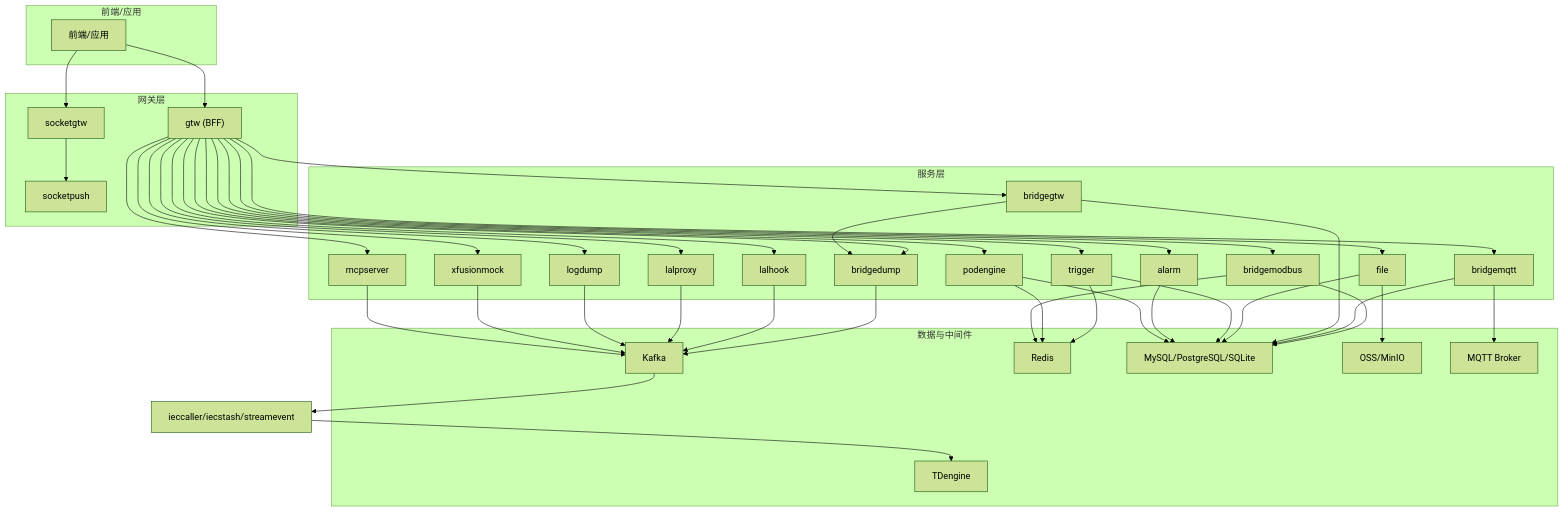
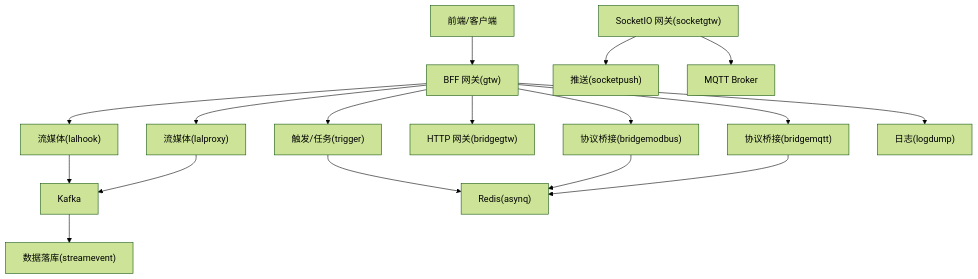
The second of 4 diagrams in .qoder/repowiki/zh/content/快速开始.md (maomao94/zero-service), drawn with Mermaid (forest theme) before and after one commit. The commit also changed other lines of this file and 362 other files, not shown here.

````diff
--- a/.qoder/repowiki/zh/content/快速开始.md
+++ b/.qoder/repowiki/zh/content/快速开始.md
@@ -73,71 +134,19 @@
 ```mermaid
 graph TB
-subgraph "前端/应用"
-FE["前端/应用"]
-end
-subgraph "网关层"
-GTW["gtw (BFF)"]
-SG["socketgtw"]
-SP["socketpush"]
-end
-subgraph "服务层"
-TR["trigger"]
-FIL["file"]
-ALM["alarm"]
-POD["podengine"]
-BRMOD["bridgemodbus"]
-BRMQ["bridgemqtt"]
-BRGTW["bridgegtw"]
-BRDUMP["bridgedump"]
-LALHOOK["lalhook"]
-LALPROXY["lalproxy"]
-LOGDUMP["logdump"]
-XFM["xfusionmock"]
-MCP["mcpserver"]
-end
-subgraph "数据与中间件"
-K["Kafka"]
-R["Redis"]
-DB["MySQL/PostgreSQL/SQLite"]
-TD["TDengine"]
-OSS["OSS/MinIO"]
-MQ["MQTT Broker"]
-end
-FE --> GTW
-FE --> SG
-SG --> SP
-GTW --> TR
-GTW --> FIL
-GTW --> ALM
-GTW --> POD
-GTW --> BRMOD
-GTW --> BRMQ
-GTW --> BRGTW
-GTW --> BRDUMP
-GTW --> LALHOOK
-GTW --> LALPROXY
-GTW --> LOGDUMP
-GTW --> XFM
-GTW --> MCP
-TR --> R
-FIL --> OSS
-POD --> R
-BRMOD --> R
-BRMQ --> MQ
-BRGTW --> BRDUMP
-BRDUMP --> K
-LALHOOK --> K
-LALPROXY --> K
-LOGDUMP --> K
-XFM --> K
-MCP --> K
-K --> IEC["ieccaller/iecstash/streamevent"]
-IEC --> TD
-BRMOD --> DB
-BRMQ --> DB
-BRGTW --> DB
-FIL --> DB
-TR --> DB
-ALM --> DB
-POD --> DB
+FE["前端/客户端"] --> GW["BFF 网关(gtw)"]
+GW --> SVC_TRIGGER["触发/任务(trigger)"]
+GW --> SVC_BRIDGEMODBUS["协议桥接(bridgemodbus)"]
+GW --> SVC_BRIDGEMQTT["协议桥接(bridgemqtt)"]
+GW --> SVC_BRIDGEGTW["HTTP 网关(bridgegtw)"]
+GW --> SVC_LALHOOK["流媒体(lalhook)"]
+GW --> SVC_LALPROXY["流媒体(lalproxy)"]
+GW --> SVC_LOGDUMP["日志(logdump)"]
+SVC_LALHOOK --> MQ["Kafka"]
+SVC_LALPROXY --> MQ
+MQ --> STREAMEVENT["数据落库(streamevent)"]
+SVC_TRIGGER --> REDIS["Redis(asynq)"]
+SVC_BRIDGEMODBUS --> REDIS
+SVC_BRIDGEMQTT --> REDIS
+SOCKETGTW["SocketIO 网关(socketgtw)"] --> SOCKETPUSH["推送(socketpush)"]
+SOCKETGTW --> MQ_MQTT["MQTT Broker"]
 ```
````
